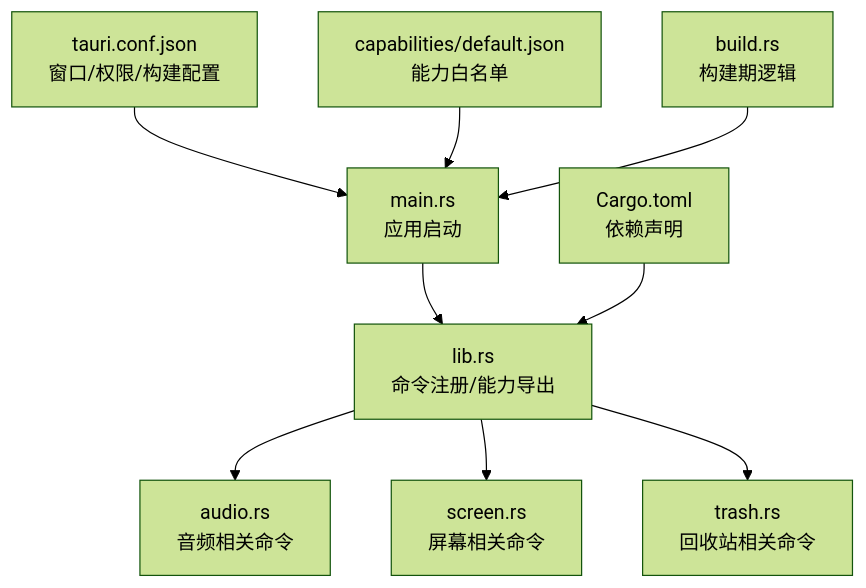
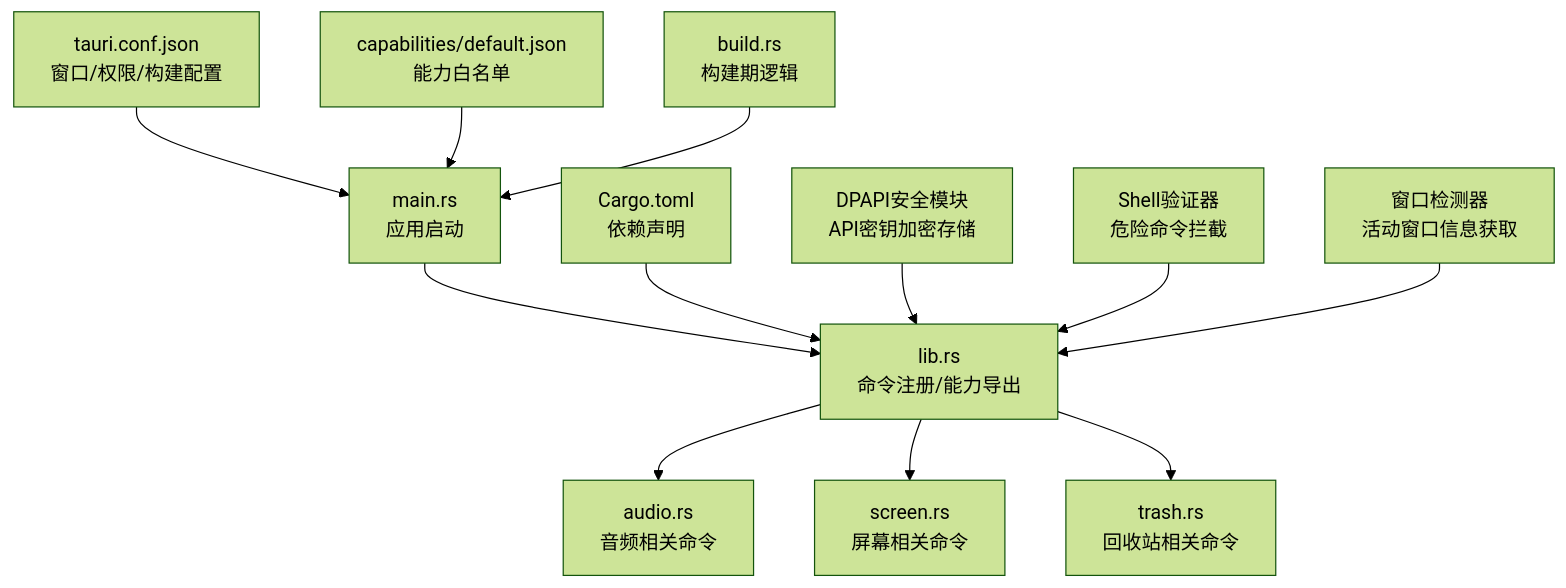
Before and after one commit to Wumiu/Petra: the first of 5 diagrams in .qoder/repowiki/zh/content/系统集成/Tauri后端核心.md, drawn with Mermaid (forest theme). The commit also changed other lines of this file and 45 other files, not shown here.

````diff
--- a/.qoder/repowiki/zh/content/系统集成/Tauri后端核心.md
+++ b/.qoder/repowiki/zh/content/系统集成/Tauri后端核心.md
@@ -47,11 +57,14 @@
 ```mermaid
 graph TB
 A["main.rs<br/>应用启动"] --> B["lib.rs<br/>命令注册/能力导出"]
 B --> C["audio.rs<br/>音频相关命令"]
 B --> D["screen.rs<br/>屏幕相关命令"]
 B --> E["trash.rs<br/>回收站相关命令"]
 F["tauri.conf.json<br/>窗口/权限/构建配置"] --> A
 G["capabilities/default.json<br/>能力白名单"] --> A
 H["Cargo.toml<br/>依赖声明"] --> B
 I["build.rs<br/>构建期逻辑"] --> A
+J["DPAPI安全模块<br/>API密钥加密存储"] --> B
+K["Shell验证器<br/>危险命令拦截"] --> B
+L["窗口检测器<br/>活动窗口信息获取"] --> B
 ```
````
